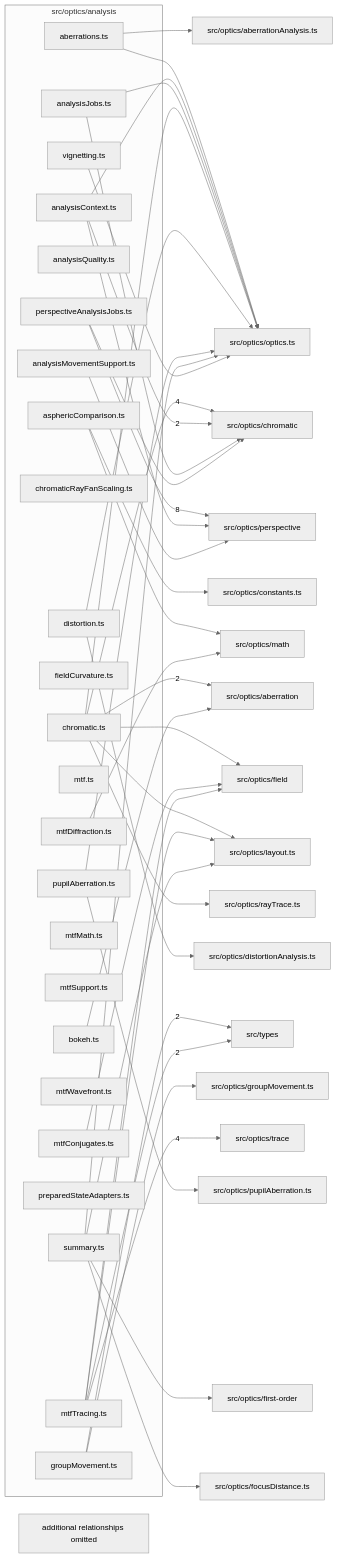
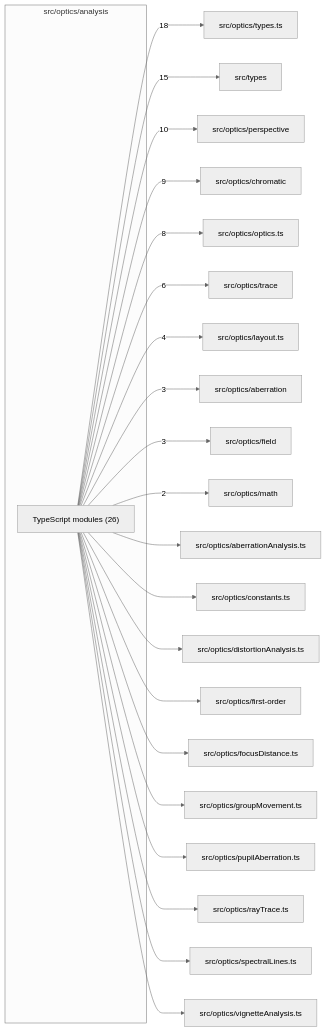
The diagram in src/optics/analysis/readme.md (ronbuening/LensVisualizer), drawn with Mermaid (neutral theme) before and after one commit. The commit also changed other lines of this file and 15 other files, not shown here.

````diff
--- a/src/optics/analysis/readme.md
+++ b/src/optics/analysis/readme.md
@@ -9,83 +9,46 @@
 ```mermaid
 flowchart LR
   subgraph n_src_optics_analysis["src/optics/analysis"]
-    n_src_optics_analysis_src_optics_analysis_aberrations_ts["aberrations.ts"]
-    n_src_optics_analysis_src_optics_analysis_analysisContext_ts["analysisContext.ts"]
-    n_src_optics_analysis_src_optics_analysis_analysisJobs_ts["analysisJobs.ts"]
-    n_src_optics_analysis_src_optics_analysis_analysisMovementSupport_ts["analysisMovementSupport.ts"]
-    n_src_optics_analysis_src_optics_analysis_analysisQuality_ts["analysisQuality.ts"]
-    n_src_optics_analysis_src_optics_analysis_asphericComparison_ts["asphericComparison.ts"]
-    n_src_optics_analysis_src_optics_analysis_bokeh_ts["bokeh.ts"]
-    n_src_optics_analysis_src_optics_analysis_chromatic_ts["chromatic.ts"]
-    n_src_optics_analysis_src_optics_analysis_chromaticRayFanScaling_ts["chromaticRayFanScaling.ts"]
-    n_src_optics_analysis_src_optics_analysis_distortion_ts["distortion.ts"]
-    n_src_optics_analysis_src_optics_analysis_fieldCurvature_ts["fieldCurvature.ts"]
-    n_src_optics_analysis_src_optics_analysis_groupMovement_ts["groupMovement.ts"]
-    n_src_optics_analysis_src_optics_analysis_mtf_ts["mtf.ts"]
-    n_src_optics_analysis_src_optics_analysis_mtfConjugates_ts["mtfConjugates.ts"]
-    n_src_optics_analysis_src_optics_analysis_mtfDiffraction_ts["mtfDiffraction.ts"]
-    n_src_optics_analysis_src_optics_analysis_mtfMath_ts["mtfMath.ts"]
-    n_src_optics_analysis_src_optics_analysis_mtfSupport_ts["mtfSupport.ts"]
-    n_src_optics_analysis_src_optics_analysis_mtfTracing_ts["mtfTracing.ts"]
-    n_src_optics_analysis_src_optics_analysis_mtfWavefront_ts["mtfWavefront.ts"]
-    n_src_optics_analysis_src_optics_analysis_perspectiveAnalysisJobs_ts["perspectiveAnalysisJobs.ts"]
-    n_src_optics_analysis_src_optics_analysis_preparedStateAdapters_ts["preparedStateAdapters.ts"]
-    n_src_optics_analysis_src_optics_analysis_pupilAberration_ts["pupilAberration.ts"]
-    n_src_optics_analysis_src_optics_analysis_summary_ts["summary.ts"]
-    n_src_optics_analysis_src_optics_analysis_vignetting_ts["vignetting.ts"]
+    n_src_optics_analysis_TypeScript_modules["TypeScript modules (26)"]
   end
+  n_external_src_optics_types_ts["src/optics/types.ts"]
+  n_external_src_types["src/types"]
   n_external_src_optics_perspective["src/optics/perspective"]
   n_external_src_optics_chromatic["src/optics/chromatic"]
+  n_external_src_optics_optics_ts["src/optics/optics.ts"]
   n_external_src_optics_trace["src/optics/trace"]
+  n_external_src_optics_layout_ts["src/optics/layout.ts"]
   n_external_src_optics_aberration["src/optics/aberration"]
-  n_external_src_types["src/types"]
+  n_external_src_optics_field["src/optics/field"]
+  n_external_src_optics_math["src/optics/math"]
   n_external_src_optics_aberrationAnalysis_ts["src/optics/aberrationAnalysis.ts"]
   n_external_src_optics_constants_ts["src/optics/constants.ts"]
   n_external_src_optics_distortionAnalysis_ts["src/optics/distortionAnalysis.ts"]
-  n_external_src_optics_field["src/optics/field"]
   n_external_src_optics_first_order["src/optics/first-order"]
   n_external_src_optics_focusDistance_ts["src/optics/focusDistance.ts"]
   n_external_src_optics_groupMovement_ts["src/optics/groupMovement.ts"]
-  n_external_src_optics_layout_ts["src/optics/layout.ts"]
-  n_external_src_optics_math["src/optics/math"]
-  n_external_src_optics_optics_ts["src/optics/optics.ts"]
   n_external_src_optics_pupilAberration_ts["src/optics/pupilAberration.ts"]
   n_external_src_optics_rayTrace_ts["src/optics/rayTrace.ts"]
-  n_src_optics_analysis_src_optics_analysis_perspectiveAnalysisJobs_ts --> |8| n_external_src_optics_perspective
-  n_src_optics_analysis_src_optics_analysis_chromatic_ts --> |4| n_external_src_optics_chromatic
-  n_src_optics_analysis_src_optics_analysis_mtfTracing_ts --> |4| n_external_src_optics_trace
-  n_src_optics_analysis_src_optics_analysis_chromatic_ts --> |2| n_external_src_optics_aberration
-  n_src_optics_analysis_src_optics_analysis_analysisContext_ts --> |2| n_external_src_optics_chromatic
-  n_src_optics_analysis_src_optics_analysis_groupMovement_ts --> |2| n_external_src_types
-  n_src_optics_analysis_src_optics_analysis_mtfTracing_ts --> |2| n_external_src_types
-  n_src_optics_analysis_src_optics_analysis_bokeh_ts --> n_external_src_optics_aberration
-  n_src_optics_analysis_src_optics_analysis_aberrations_ts --> n_external_src_optics_aberrationAnalysis_ts
-  n_src_optics_analysis_src_optics_analysis_analysisJobs_ts --> n_external_src_optics_chromatic
-  n_src_optics_analysis_src_optics_analysis_perspectiveAnalysisJobs_ts --> n_external_src_optics_chromatic
-  n_src_optics_analysis_src_optics_analysis_asphericComparison_ts --> n_external_src_optics_constants_ts
-  n_src_optics_analysis_src_optics_analysis_distortion_ts --> n_external_src_optics_distortionAnalysis_ts
-  n_src_optics_analysis_src_optics_analysis_chromatic_ts --> n_external_src_optics_field
-  n_src_optics_analysis_src_optics_analysis_mtfConjugates_ts --> n_external_src_optics_field
-  n_src_optics_analysis_src_optics_analysis_mtfTracing_ts --> n_external_src_optics_field
-  n_src_optics_analysis_src_optics_analysis_summary_ts --> n_external_src_optics_first_order
-  n_src_optics_analysis_src_optics_analysis_summary_ts --> n_external_src_optics_focusDistance_ts
-  n_src_optics_analysis_src_optics_analysis_groupMovement_ts --> n_external_src_optics_groupMovement_ts
-  n_src_optics_analysis_src_optics_analysis_chromatic_ts --> n_external_src_optics_layout_ts
-  n_src_optics_analysis_src_optics_analysis_mtfTracing_ts --> n_external_src_optics_layout_ts
-  n_src_optics_analysis_src_optics_analysis_summary_ts --> n_external_src_optics_layout_ts
-  n_src_optics_analysis_src_optics_analysis_asphericComparison_ts --> n_external_src_optics_math
-  n_src_optics_analysis_src_optics_analysis_mtfDiffraction_ts --> n_external_src_optics_math
-  n_src_optics_analysis_src_optics_analysis_aberrations_ts --> n_external_src_optics_optics_ts
-  n_src_optics_analysis_src_optics_analysis_analysisContext_ts --> n_external_src_optics_optics_ts
-  n_src_optics_analysis_src_optics_analysis_analysisJobs_ts --> n_external_src_optics_optics_ts
-  n_src_optics_analysis_src_optics_analysis_chromatic_ts --> n_external_src_optics_optics_ts
-  n_src_optics_analysis_src_optics_analysis_distortion_ts --> n_external_src_optics_optics_ts
-  n_src_optics_analysis_src_optics_analysis_pupilAberration_ts --> n_external_src_optics_optics_ts
-  n_src_optics_analysis_src_optics_analysis_summary_ts --> n_external_src_optics_optics_ts
-  n_src_optics_analysis_src_optics_analysis_vignetting_ts --> n_external_src_optics_optics_ts
-  n_src_optics_analysis_src_optics_analysis_analysisContext_ts --> n_external_src_optics_perspective
-  n_src_optics_analysis_src_optics_analysis_analysisMovementSupport_ts --> n_external_src_optics_perspective
-  n_src_optics_analysis_src_optics_analysis_pupilAberration_ts --> n_external_src_optics_pupilAberration_ts
-  n_src_optics_analysis_src_optics_analysis_chromatic_ts --> n_external_src_optics_rayTrace_ts
-  n_src_optics_analysis_truncated["additional relationships omitted"]
+  n_external_src_optics_spectralLines_ts["src/optics/spectralLines.ts"]
+  n_external_src_optics_vignetteAnalysis_ts["src/optics/vignetteAnalysis.ts"]
+  n_src_optics_analysis_TypeScript_modules --> |18| n_external_src_optics_types_ts
+  n_src_optics_analysis_TypeScript_modules --> |15| n_external_src_types
+  n_src_optics_analysis_TypeScript_modules --> |10| n_external_src_optics_perspective
+  n_src_optics_analysis_TypeScript_modules --> |9| n_external_src_optics_chromatic
+  n_src_optics_analysis_TypeScript_modules --> |8| n_external_src_optics_optics_ts
+  n_src_optics_analysis_TypeScript_modules --> |6| n_external_src_optics_trace
+  n_src_optics_analysis_TypeScript_modules --> |4| n_external_src_optics_layout_ts
+  n_src_optics_analysis_TypeScript_modules --> |3| n_external_src_optics_aberration
+  n_src_optics_analysis_TypeScript_modules --> |3| n_external_src_optics_field
+  n_src_optics_analysis_TypeScript_modules --> |2| n_external_src_optics_math
+  n_src_optics_analysis_TypeScript_modules --> n_external_src_optics_aberrationAnalysis_ts
+  n_src_optics_analysis_TypeScript_modules --> n_external_src_optics_constants_ts
+  n_src_optics_analysis_TypeScript_modules --> n_external_src_optics_distortionAnalysis_ts
+  n_src_optics_analysis_TypeScript_modules --> n_external_src_optics_first_order
+  n_src_optics_analysis_TypeScript_modules --> n_external_src_optics_focusDistance_ts
+  n_src_optics_analysis_TypeScript_modules --> n_external_src_optics_groupMovement_ts
+  n_src_optics_analysis_TypeScript_modules --> n_external_src_optics_pupilAberration_ts
+  n_src_optics_analysis_TypeScript_modules --> n_external_src_optics_rayTrace_ts
+  n_src_optics_analysis_TypeScript_modules --> n_external_src_optics_spectralLines_ts
+  n_src_optics_analysis_TypeScript_modules --> n_external_src_optics_vignetteAnalysis_ts
 ```
````
